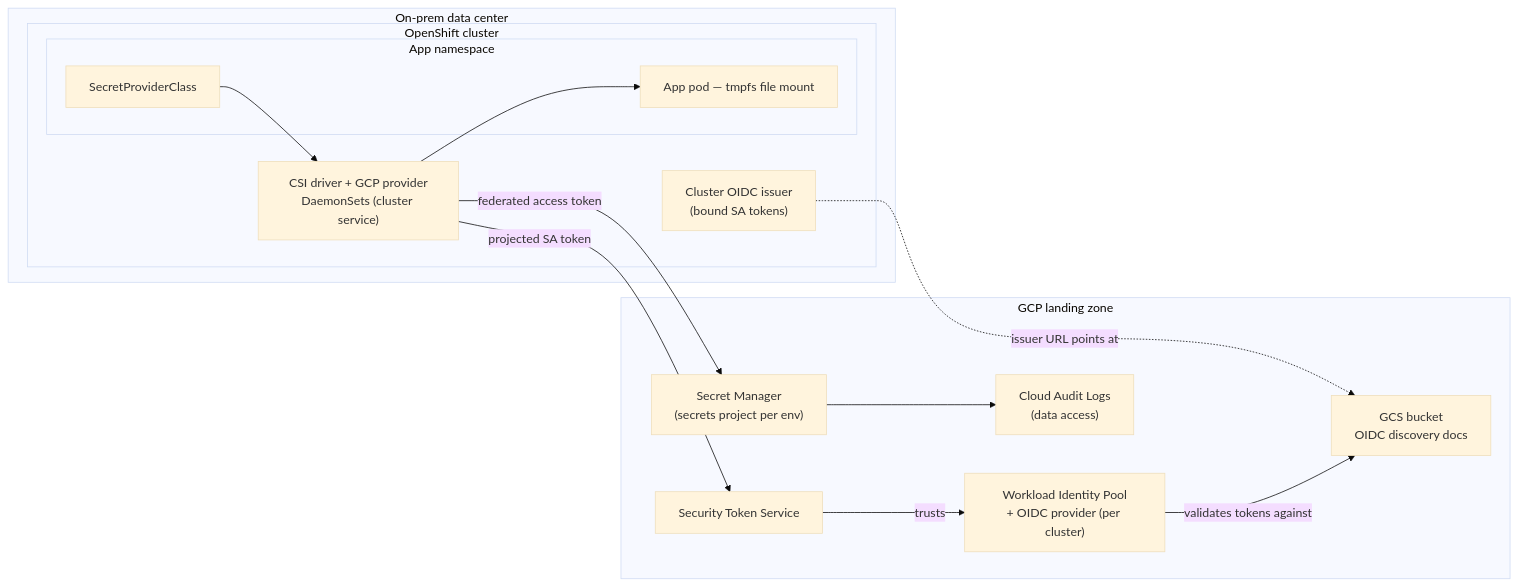
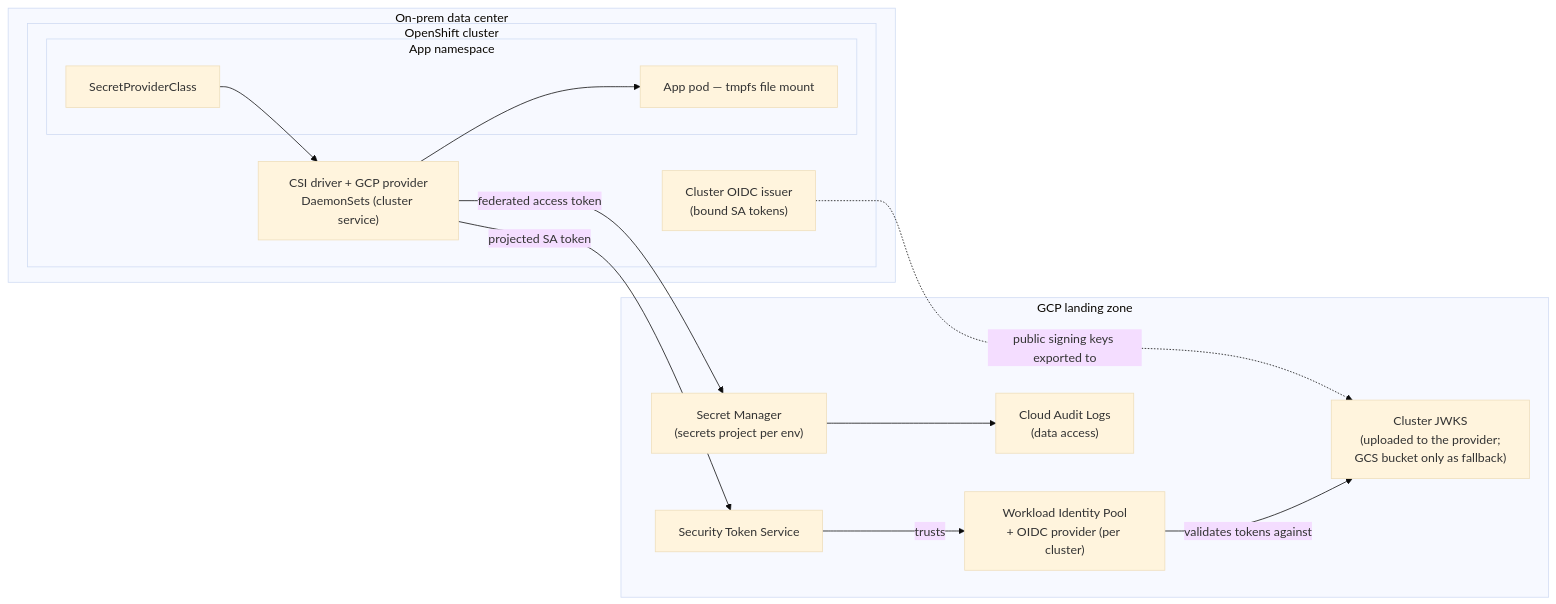
One commit to ahadrez/godev changed the diagram in docs/openshift-landing-zone-runbook.md. Above: the diagram before and after it, drawn with Mermaid (base theme). The commit also changed other lines of this file and 1 other file, not shown here.

First line of the commit message:
docs: switch WIF setup to JWKS upload (no bucket, no issuer change)

````diff
--- a/docs/openshift-landing-zone-runbook.md
+++ b/docs/openshift-landing-zone-runbook.md
@@ -17,30 +17,30 @@
 ```mermaid
 flowchart LR
     subgraph onprem["On-prem data center"]
         subgraph ocp["OpenShift cluster"]
             OIDC["Cluster OIDC issuer<br/>(bound SA tokens)"]
             PROV["CSI driver + GCP provider<br/>DaemonSets (cluster service)"]
             subgraph app["App namespace"]
                 SPC["SecretProviderClass"]
                 POD["App pod — tmpfs file mount"]
             end
         end
     end
 
     subgraph gcp["GCP landing zone"]
-        BKT["GCS bucket<br/>OIDC discovery docs"]
+        BKT["Cluster JWKS<br/>(uploaded to the provider;<br/>GCS bucket only as fallback)"]
         WIF["Workload Identity Pool<br/>+ OIDC provider (per cluster)"]
         STS["Security Token Service"]
         SM["Secret Manager<br/>(secrets project per env)"]
         LOG["Cloud Audit Logs<br/>(data access)"]
     end
 
-    OIDC -. "issuer URL points at" .-> BKT
+    OIDC -. "public signing keys exported to" .-> BKT
     WIF -- "validates tokens against" --> BKT
     PROV -- "projected SA token" --> STS
     STS -- "trusts" --> WIF
     PROV -- "federated access token" --> SM
     SM --> LOG
     SPC --> PROV
     PROV --> POD
 ```
````
